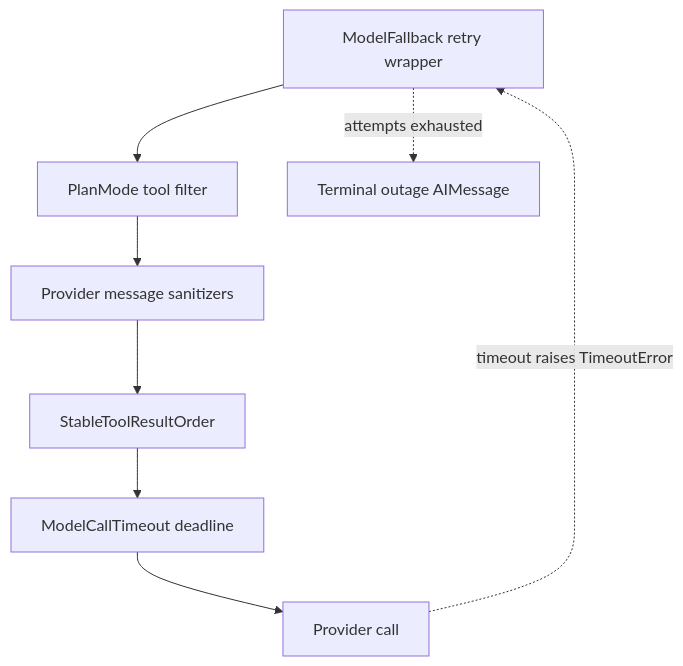
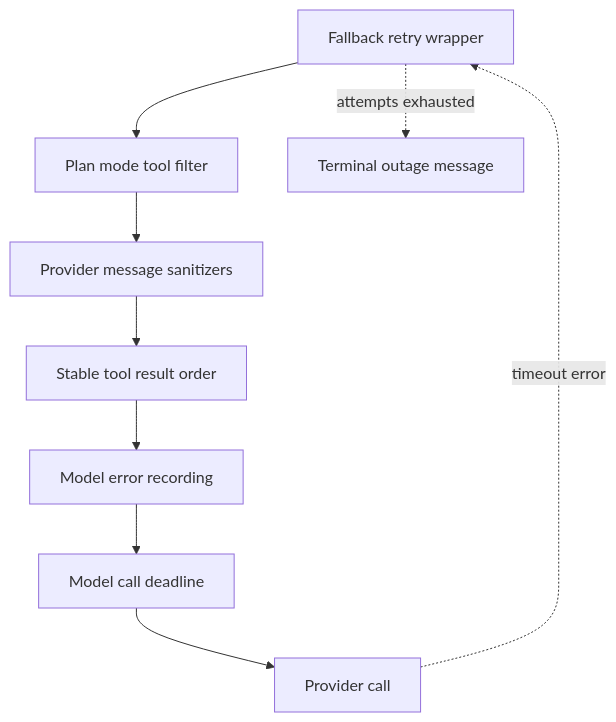
Before and after one commit to langchain-ai/open-swe: the diagram in openwiki/architecture/middleware-stack.md, drawn with Mermaid. The commit also changed other lines of this file and 52 other files, not shown here.

````diff
--- a/openwiki/architecture/middleware-stack.md
+++ b/openwiki/architecture/middleware-stack.md
@@ -94,10 +95,11 @@
 ```mermaid
 flowchart TD
-  Fallback["ModelFallback retry wrapper"] --> Plan["PlanMode tool filter"]
-  Plan --> Sanitize["Provider message sanitizers"]
-  Sanitize --> Stable["StableToolResultOrder"]
-  Stable --> Deadline["ModelCallTimeout deadline"]
+  Fallback["Fallback retry wrapper"] --> Plan["Plan mode tool filter"]
+  Plan --> Sanitizers["Provider message sanitizers"]
+  Sanitizers --> Stable["Stable tool result order"]
+  Stable --> Errors["Model error recording"]
+  Errors --> Deadline["Model call deadline"]
   Deadline --> Provider["Provider call"]
-  Provider -. "timeout raises TimeoutError" .-> Fallback
-  Fallback -. "attempts exhausted" .-> Outage["Terminal outage AIMessage"]
+  Provider -. "timeout error" .-> Fallback
+  Fallback -. "attempts exhausted" .-> Outage["Terminal outage message"]
 ```
````
